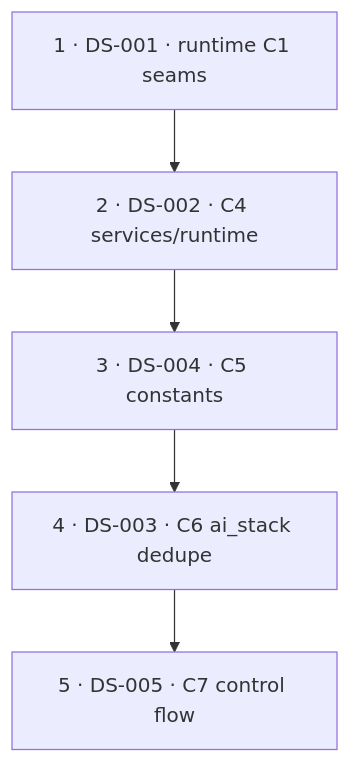
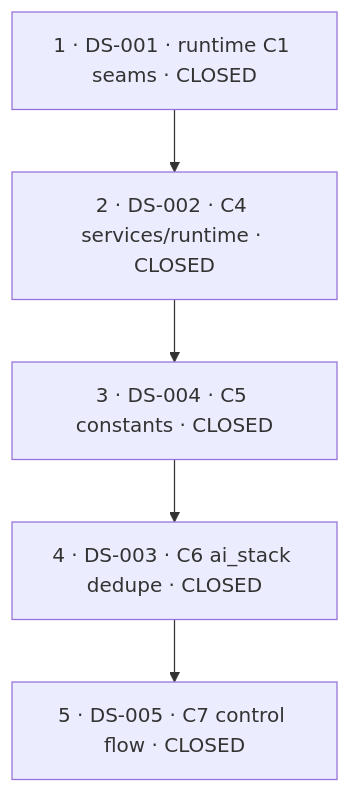
Before and after one commit to Held0fTheWelt/BLACKVEIN: the diagram in 'fy'-suites/despaghettify/despaghettification_implementation_input.md, drawn with Mermaid. The commit also changed other lines of this file and 489 other files, not shown here.

````diff
--- a/'fy'-suites/despaghettify/despaghettification_implementation_input.md
+++ b/'fy'-suites/despaghettify/despaghettification_implementation_input.md
@@ -158,9 +166,9 @@
 ```mermaid
 flowchart TB
-  P1["1 · DS-001 · runtime C1 seams"]
-  P2["2 · DS-002 · C4 services/runtime"]
-  P3["3 · DS-004 · C5 constants"]
-  P4["4 · DS-003 · C6 ai_stack dedupe"]
-  P5["5 · DS-005 · C7 control flow"]
+  P1["1 · DS-001 · runtime C1 seams · CLOSED"]
+  P2["2 · DS-002 · C4 services/runtime · CLOSED"]
+  P3["3 · DS-004 · C5 constants · CLOSED"]
+  P4["4 · DS-003 · C6 ai_stack dedupe · CLOSED"]
+  P5["5 · DS-005 · C7 control flow · CLOSED"]
   P1 --> P2 --> P3 --> P4 --> P5
 ```
````
